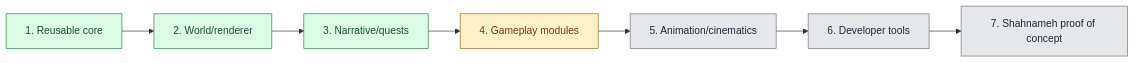
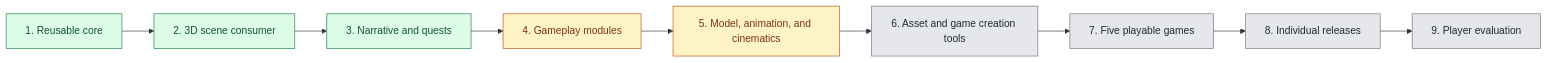
The diagram in README.md (alipilechiha/game-kids-turn-based-rpg), drawn with Mermaid before and after one commit. The commit also changed other lines of this file and 5 other files, not shown here.

````diff
--- a/README.md
+++ b/README.md
@@ -21,10 +21,11 @@
 ```mermaid
 flowchart LR
-  P1["1. Reusable core"] --> P2["2. World/renderer"] --> P3["3. Narrative/quests"] --> P4["4. Gameplay modules"] --> P5["5. Animation/cinematics"] --> P6["6. Developer tools"] --> P7["7. Shahnameh proof of concept"]
+  P1["1. Reusable core"] --> P2["2. 3D scene consumer"] --> P3["3. Narrative and quests"] --> P4["4. Gameplay modules"] --> P5["5. Model, animation, and cinematics"] --> P6["6. Asset and game creation tools"] --> P7["7. Five playable games"] --> P8["8. Individual releases"] --> P9["9. Player evaluation"]
   classDef complete fill:#dcfce7,stroke:#15803d,color:#14532d
   classDef next fill:#fef3c7,stroke:#b45309,color:#78350f
   classDef planned fill:#e5e7eb,stroke:#6b7280,color:#1f2937
   class P1,P2,P3 complete
   class P4 next
-  class P5,P6,P7 planned
+  class P5 next
+  class P6,P7,P8,P9 planned
 ```
````
